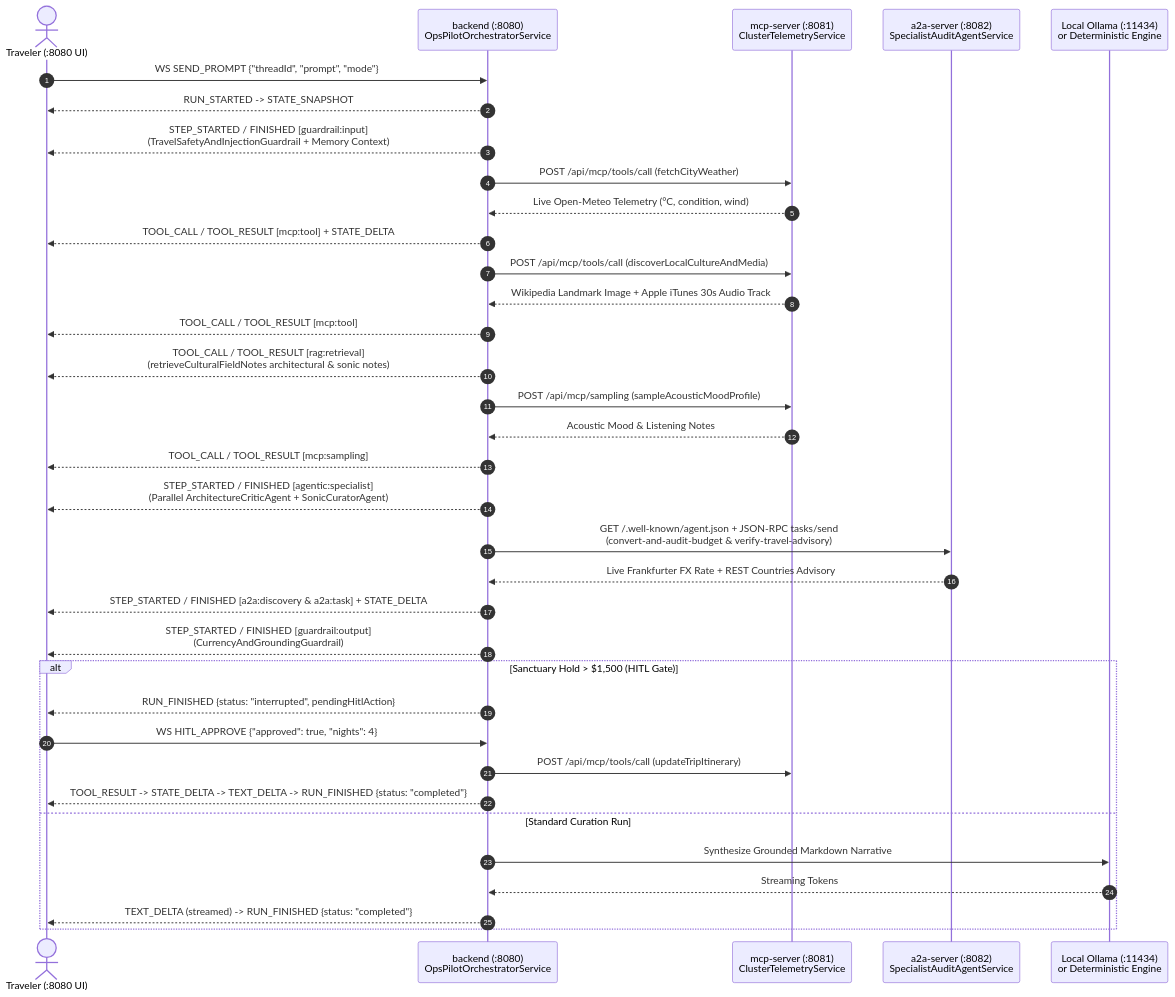
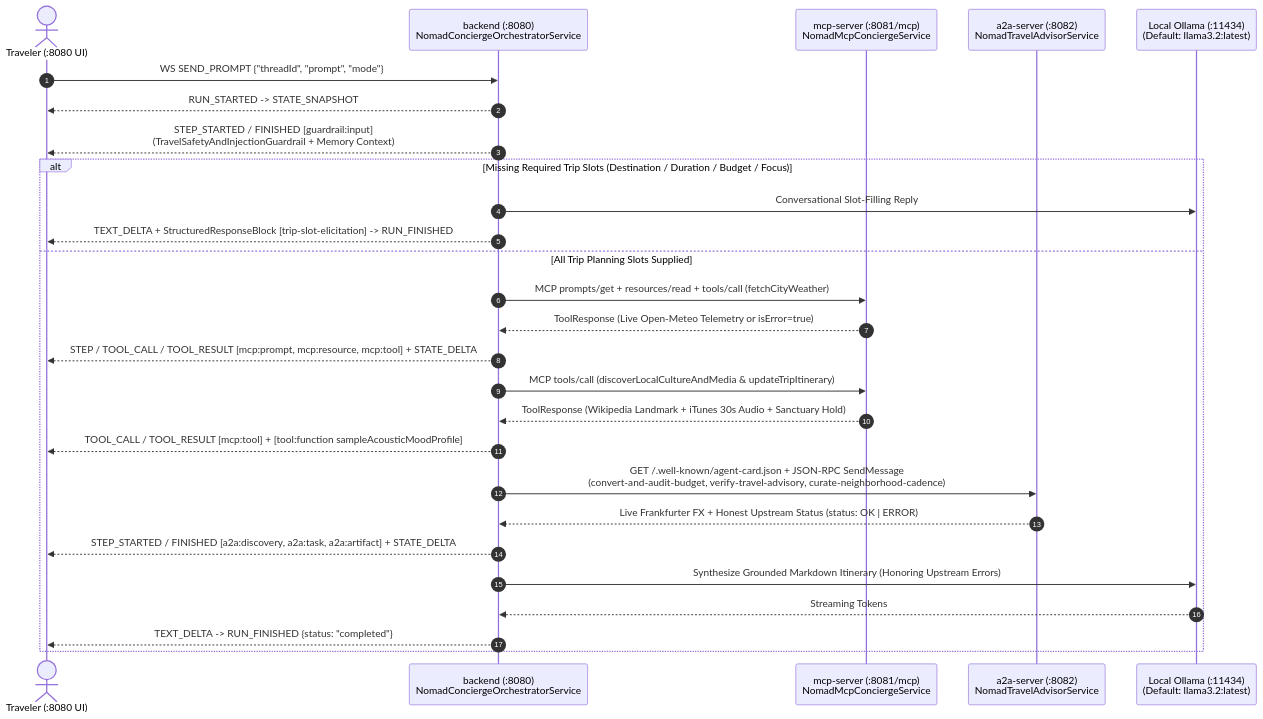
One commit to fmatar/quarkus-agui changed the second of 2 diagrams in examples/quarkus-svelte-skeleton/README.md. Above: the diagram before and after it, drawn with Mermaid. The commit also changed other lines of this file and 41 other files, not shown here.

First line of the commit message:
feat(showcase): travel domain rename, native quarkus-mcp, honest healthcheck & slot-filling (#66) (#67)

````diff
--- a/examples/quarkus-svelte-skeleton/README.md
+++ b/examples/quarkus-svelte-skeleton/README.md
@@ -82,38 +86,30 @@
 ```mermaid
 sequenceDiagram
     autonumber
     actor Traveler as Traveler (:8080 UI)
-    participant Orch as backend (:8080)<br/>OpsPilotOrchestratorService
-    participant MCP as mcp-server (:8081)<br/>ClusterTelemetryService
-    participant A2A as a2a-server (:8082)<br/>SpecialistAuditAgentService
-    participant LLM as Local Ollama (:11434)<br/>or Deterministic Engine
+    participant Orch as backend (:8080)<br/>NomadConciergeOrchestratorService
+    participant MCP as mcp-server (:8081/mcp)<br/>NomadMcpConciergeService
+    participant A2A as a2a-server (:8082)<br/>NomadTravelAdvisorService
+    participant LLM as Local Ollama (:11434)<br/>(Default: llama3.2:latest)
 
     Traveler->>Orch: WS SEND_PROMPT {"threadId", "prompt", "mode"}
     Orch-->>Traveler: RUN_STARTED -> STATE_SNAPSHOT
     Orch-->>Traveler: STEP_STARTED / FINISHED [guardrail:input]<br/>(TravelSafetyAndInjectionGuardrail + Memory Context)
-    Orch->>MCP: POST /api/mcp/tools/call (fetchCityWeather)
-    MCP-->>Orch: Live Open-Meteo Telemetry (°C, condition, wind)
-    Orch-->>Traveler: TOOL_CALL / TOOL_RESULT [mcp:tool] + STATE_DELTA
-    Orch->>MCP: POST /api/mcp/tools/call (discoverLocalCultureAndMedia)
-    MCP-->>Orch: Wikipedia Landmark Image + Apple iTunes 30s Audio Track
-    Orch-->>Traveler: TOOL_CALL / TOOL_RESULT [mcp:tool]
-    Orch-->>Traveler: TOOL_CALL / TOOL_RESULT [rag:retrieval]<br/>(retrieveCulturalFieldNotes architectural & sonic notes)
-    Orch->>MCP: POST /api/mcp/sampling (sampleAcousticMoodProfile)
-    MCP-->>Orch: Acoustic Mood & Listening Notes
-    Orch-->>Traveler: TOOL_CALL / TOOL_RESULT [mcp:sampling]
-    Orch-->>Traveler: STEP_STARTED / FINISHED [agentic:specialist]<br/>(Parallel ArchitectureCriticAgent + SonicCuratorAgent)
-    Orch->>A2A: GET /.well-known/agent.json + JSON-RPC tasks/send<br/>(convert-and-audit-budget & verify-travel-advisory)
-    A2A-->>Orch: Live Frankfurter FX Rate + REST Countries Advisory
-    Orch-->>Traveler: STEP_STARTED / FINISHED [a2a:discovery & a2a:task] + STATE_DELTA
-    Orch-->>Traveler: STEP_STARTED / FINISHED [guardrail:output]<br/>(CurrencyAndGroundingGuardrail)
-    alt Sanctuary Hold > $1,500 (HITL Gate)
-        Orch-->>Traveler: RUN_FINISHED {status: "interrupted", pendingHitlAction}
-        Traveler->>Orch: WS HITL_APPROVE {"approved": true, "nights": 4}
-        Orch->>MCP: POST /api/mcp/tools/call (updateTripItinerary)
-        Orch-->>Traveler: TOOL_RESULT -> STATE_DELTA -> TEXT_DELTA -> RUN_FINISHED {status: "completed"}
-    else Standard Curation Run
-        Orch->>LLM: Synthesize Grounded Markdown Narrative
+    alt Missing Required Trip Slots (Destination / Duration / Budget / Focus)
+        Orch->>LLM: Conversational Slot-Filling Reply
+        Orch-->>Traveler: TEXT_DELTA + StructuredResponseBlock [trip-slot-elicitation] -> RUN_FINISHED
+    else All Trip Planning Slots Supplied
+        Orch->>MCP: MCP prompts/get + resources/read + tools/call (fetchCityWeather)
+        MCP-->>Orch: ToolResponse (Live Open-Meteo Telemetry or isError=true)
+        Orch-->>Traveler: STEP / TOOL_CALL / TOOL_RESULT [mcp:prompt, mcp:resource, mcp:tool] + STATE_DELTA
+        Orch->>MCP: MCP tools/call (discoverLocalCultureAndMedia & updateTripItinerary)
+        MCP-->>Orch: ToolResponse (Wikipedia Landmark + iTunes 30s Audio + Sanctuary Hold)
+        Orch-->>Traveler: TOOL_CALL / TOOL_RESULT [mcp:tool] + [tool:function sampleAcousticMoodProfile]
+        Orch->>A2A: GET /.well-known/agent-card.json + JSON-RPC SendMessage<br/>(convert-and-audit-budget, verify-travel-advisory, curate-neighborhood-cadence)
+        A2A-->>Orch: Live Frankfurter FX + Honest Upstream Status (status: OK | ERROR)
+        Orch-->>Traveler: STEP_STARTED / FINISHED [a2a:discovery, a2a:task, a2a:artifact] + STATE_DELTA
+        Orch->>LLM: Synthesize Grounded Markdown Itinerary (Honoring Upstream Errors)
         LLM-->>Orch: Streaming Tokens
-        Orch-->>Traveler: TEXT_DELTA (streamed) -> RUN_FINISHED {status: "completed"}
+        Orch-->>Traveler: TEXT_DELTA -> RUN_FINISHED {status: "completed"}
     end
 ```
````
